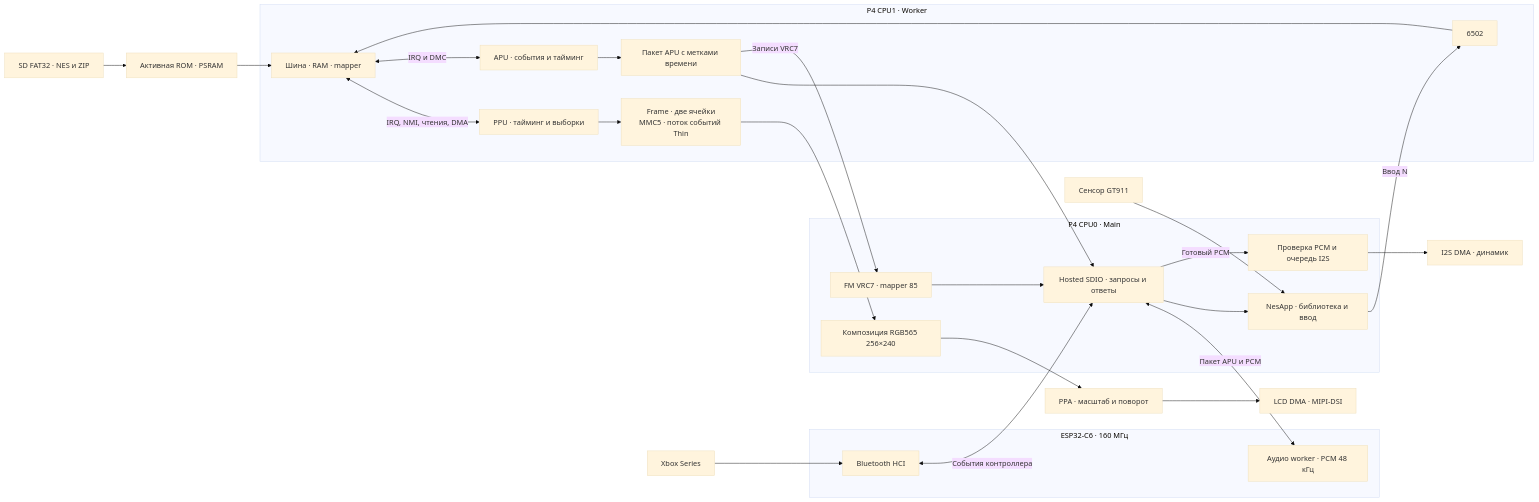
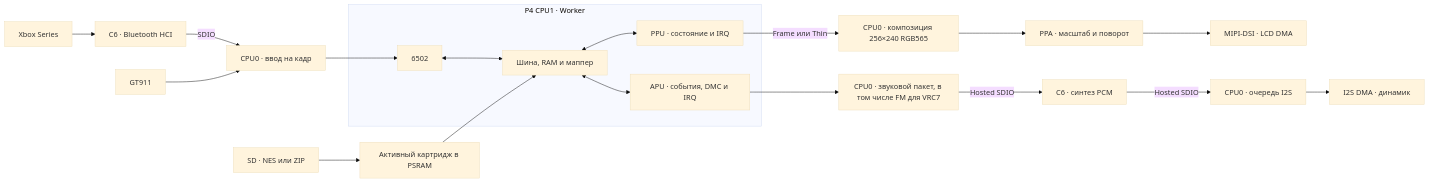
Before and after one commit to KirPoz/bitvyr: the first of 3 diagrams in bitvyr_nes_p4c6/beta_0_1/docs/02-architecture.md, drawn with Mermaid (base theme). The commit also changed other lines of this file and 63 other files, not shown here.

````diff
--- a/bitvyr_nes_p4c6/beta_0_1/docs/02-architecture.md
+++ b/bitvyr_nes_p4c6/beta_0_1/docs/02-architecture.md
@@ -8,39 +5,19 @@
 ```mermaid
 flowchart LR
-    SD["SD FAT32 · NES и ZIP"] --> ROM["Активная ROM · PSRAM"]
-    XBOX["Xbox Series"] --> BT
-    TOUCH["Сенсор GT911"] --> APP
-
-    subgraph W["P4 CPU1 · Worker"]
-        CPU["6502"] --> BUS["Шина · RAM · mapper"]
-        BUS <-->|"IRQ, NMI, чтения, DMA"| PPU["PPU · тайминг и выборки"]
-        BUS <-->|"IRQ и DMC"| APU["APU · события и тайминг"]
-        PPU --> VID["Frame · две ячейки<br/>MMC5 · поток событий Thin"]
-        APU --> EVT["Пакет APU с метками времени"]
+    SD["SD · NES или ZIP"] --> ROM["Активный картридж в PSRAM"]
+    Pad["Xbox Series"] --> BT["C6 · Bluetooth HCI"]
+    BT -->|SDIO| Input["CPU0 · ввод на кадр"]
+    Touch["GT911"] --> Input
+    subgraph P1["P4 CPU1 · Worker"]
+        CPU["6502"] <--> Bus["Шина, RAM и маппер"]
+        Bus <--> PPU["PPU · состояние и IRQ"]
+        Bus <--> APU["APU · события, DMC и IRQ"]
     end
-
-    subgraph M["P4 CPU0 · Main"]
-        APP["NesApp · библиотека и ввод"]
-        COL["Композиция RGB565 256×240"]
-        HOST["Hosted SDIO · запросы и ответы"]
-        FM["FM VRC7 · mapper 85"]
-        TX["Проверка PCM и очередь I2S"]
-    end
-
-    subgraph C["ESP32-C6 · 160 МГц"]
-        BT["Bluetooth HCI"]
-        DSP["Аудио worker · PCM 48 кГц"]
-    end
-
-    ROM --> BUS
-    APP -->|"Ввод N"| CPU
-    VID --> COL
-    EVT --> HOST
-    EVT -->|"Записи VRC7"| FM --> HOST
-    HOST <-->|"Пакет APU и PCM"| DSP
-    BT <-->|"События контроллера"| HOST
-    HOST --> APP
-    HOST -->|"Готовый PCM"| TX --> SPK["I2S DMA · динамик"]
-    COL --> PPA["PPA · масштаб и поворот"]
-    PPA --> LCD["LCD DMA · MIPI-DSI"]
+    Input --> CPU
+    ROM --> Bus
+    PPU -->|Frame или Thin| RGB["CPU0 · композиция 256×240 RGB565"]
+    RGB --> PPA["PPA · масштаб и поворот"] --> LCD["MIPI-DSI · LCD DMA"]
+    APU --> Host["CPU0 · звуковой пакет, в том числе FM для VRC7"]
+    Host -->|Hosted SDIO| PCM["C6 · синтез PCM"]
+    PCM -->|Hosted SDIO| I2S["CPU0 · очередь I2S"] --> Speaker["I2S DMA · динамик"]
 ```
````
